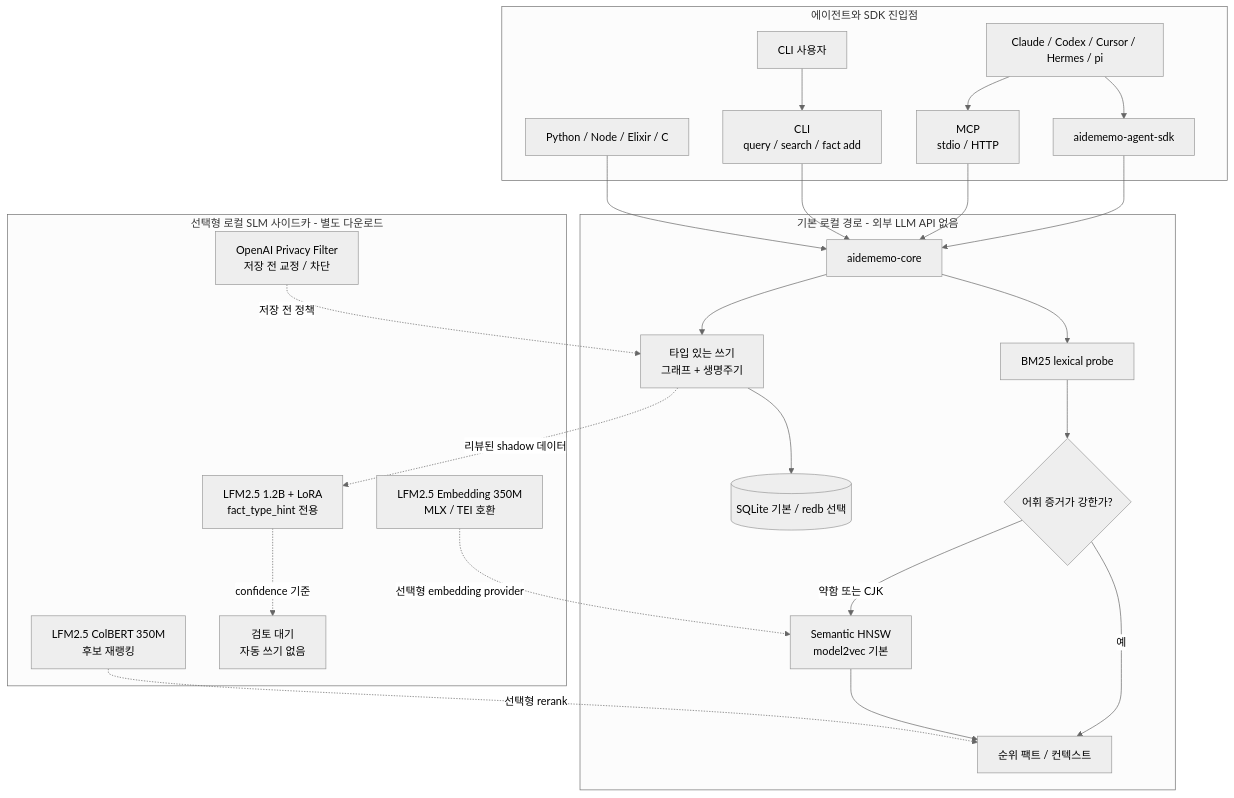
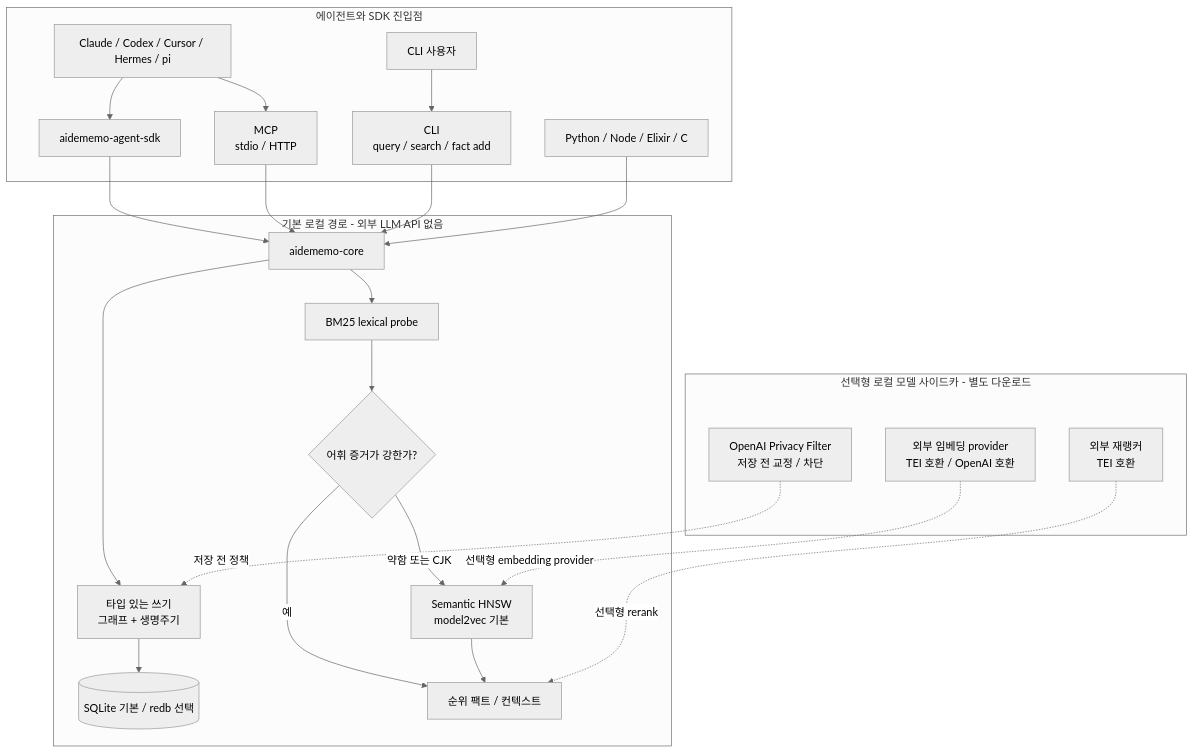
Before and after one commit to taeyun16/aidememo: the diagram in README.ko.md, drawn with Mermaid (neutral theme). The commit also changed 38 other files, not shown here.

````diff
--- a/README.ko.md
+++ b/README.ko.md
@@ -65,46 +65,42 @@
 ```mermaid
 flowchart TB
     subgraph access["에이전트와 SDK 진입점"]
         agent["Claude / Codex / Cursor / Hermes / pi"]
         human["CLI 사용자"]
         sdk["aidememo-agent-sdk"]
         mcp["MCP<br/>stdio / HTTP"]
         cli["CLI<br/>query / search / fact add"]
         bindings["Python / Node / Elixir / C"]
         agent --> sdk
         agent --> mcp
         human --> cli
     end
 
     subgraph default_path["기본 로컬 경로 - 외부 LLM API 없음"]
         core["aidememo-core"]
         write_path["타입 있는 쓰기<br/>그래프 + 생명주기"]
         store[("SQLite 기본 / redb 선택")]
         bm25["BM25 lexical probe"]
         auto_gate{"어휘 증거가 강한가?"}
         semantic["Semantic HNSW<br/>model2vec 기본"]
         ranked["순위 팩트 / 컨텍스트"]
         core --> write_path --> store
         core --> bm25 --> auto_gate
         auto_gate -->|예| ranked
         auto_gate -->|약함 또는 CJK| semantic --> ranked
     end
 
-    subgraph optional_models["선택형 로컬 SLM 사이드카 - 별도 다운로드"]
-        lfm_embed["LFM2.5 Embedding 350M<br/>MLX / TEI 호환"]
-        lfm_rerank["LFM2.5 ColBERT 350M<br/>후보 재랭킹"]
-        lfm_type["LFM2.5 1.2B + LoRA<br/>fact_type_hint 전용"]
-        type_review["검토 대기<br/>자동 쓰기 없음"]
+    subgraph optional_models["선택형 로컬 모델 사이드카 - 별도 다운로드"]
         privacy_model["OpenAI Privacy Filter<br/>저장 전 교정 / 차단"]
-        lfm_type -. "confidence 기준" .-> type_review
+        external_embed["외부 임베딩 provider<br/>TEI 호환 / OpenAI 호환"]
+        external_rerank["외부 재랭커<br/>TEI 호환"]
     end
 
     sdk --> core
     mcp --> core
     cli --> core
     bindings --> core
-    lfm_embed -. "선택형 embedding provider" .-> semantic
-    lfm_rerank -. "선택형 rerank" .-> ranked
-    write_path -. "리뷰된 shadow 데이터" .-> lfm_type
+    external_embed -. "선택형 embedding provider" .-> semantic
+    external_rerank -. "선택형 rerank" .-> ranked
     privacy_model -. "저장 전 정책" .-> write_path
 ```
````
